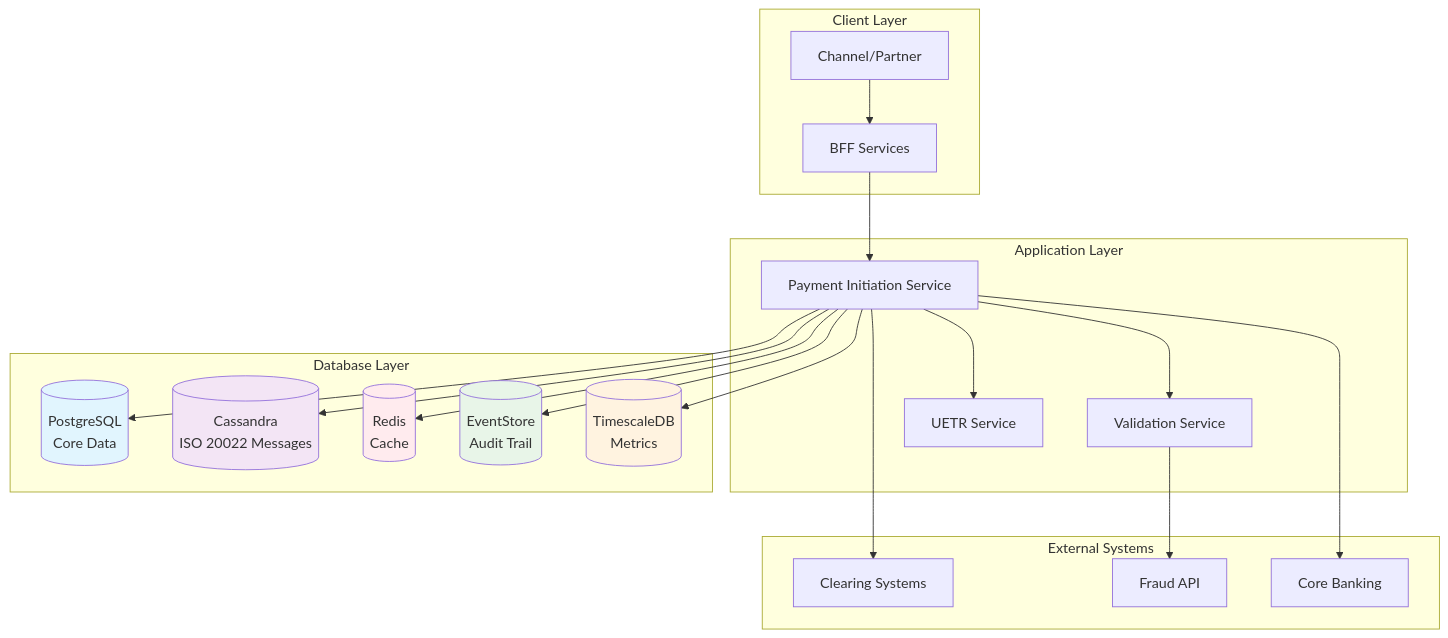
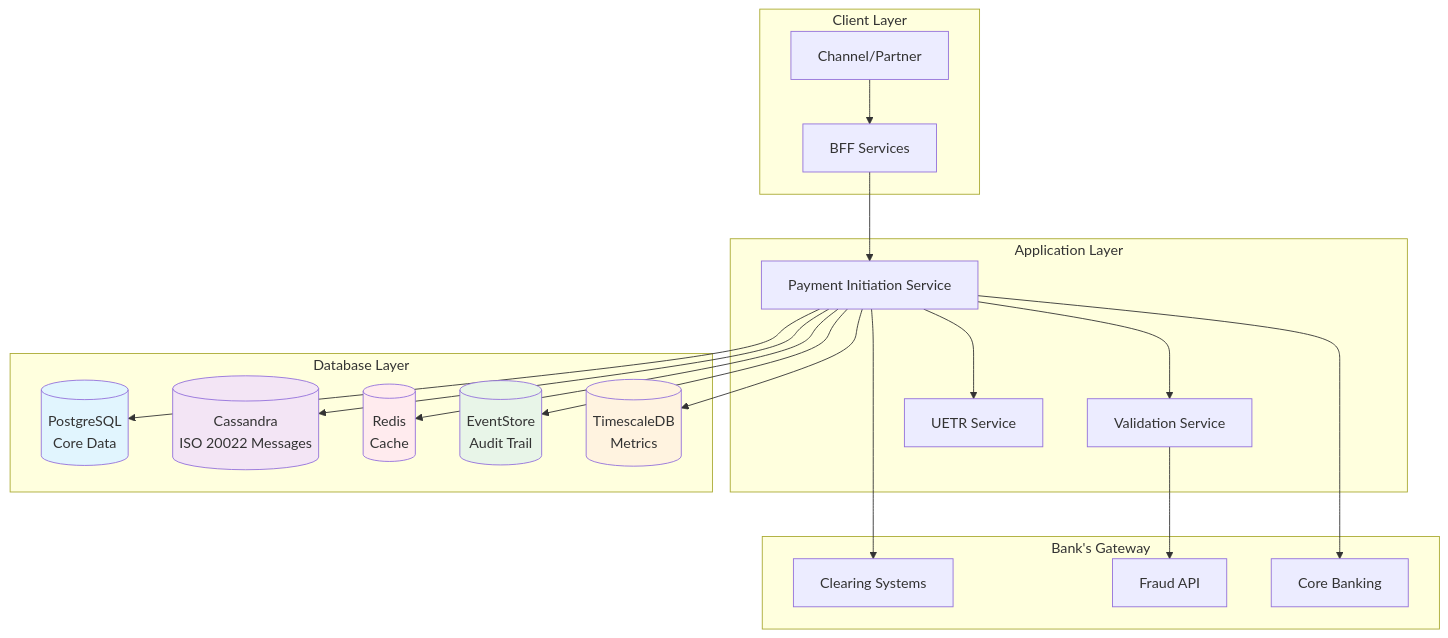
Before and after one commit to kranthikarthan/PE-v2-Architecture: the first of 9 diagrams in docs/20-DATA-FLOW-DIAGRAM-V2.md, drawn with Mermaid. The commit also changed other lines of this file and 3 other files, not shown here.

````diff
--- a/docs/20-DATA-FLOW-DIAGRAM-V2.md
+++ b/docs/20-DATA-FLOW-DIAGRAM-V2.md
@@ -46,41 +46,41 @@
 ```mermaid
 graph TB
     subgraph "Client Layer"
         A[Channel/Partner] --> B[BFF Services]
     end
     
     subgraph "Application Layer"
         B --> C[Payment Initiation Service]
         C --> D[Validation Service]
         C --> E[UETR Service]
     end
     
     subgraph "Database Layer"
         F[(PostgreSQL<br/>Core Data)]
         G[(Cassandra<br/>ISO 20022 Messages)]
         H[(Redis<br/>Cache)]
         I[(EventStore<br/>Audit Trail)]
         J[(TimescaleDB<br/>Metrics)]
     end
     
-    subgraph "External Systems"
+    subgraph "Bank's Gateway"
         K[Clearing Systems]
         L[Fraud API]
         M[Core Banking]
     end
     
     C --> F
     C --> G
     C --> H
     C --> I
     C --> J
     D --> L
     C --> K
     C --> M
     
     style F fill:#e1f5fe
     style G fill:#f3e5f5
     style H fill:#ffebee
     style I fill:#e8f5e8
     style J fill:#fff3e0
 ```
````
